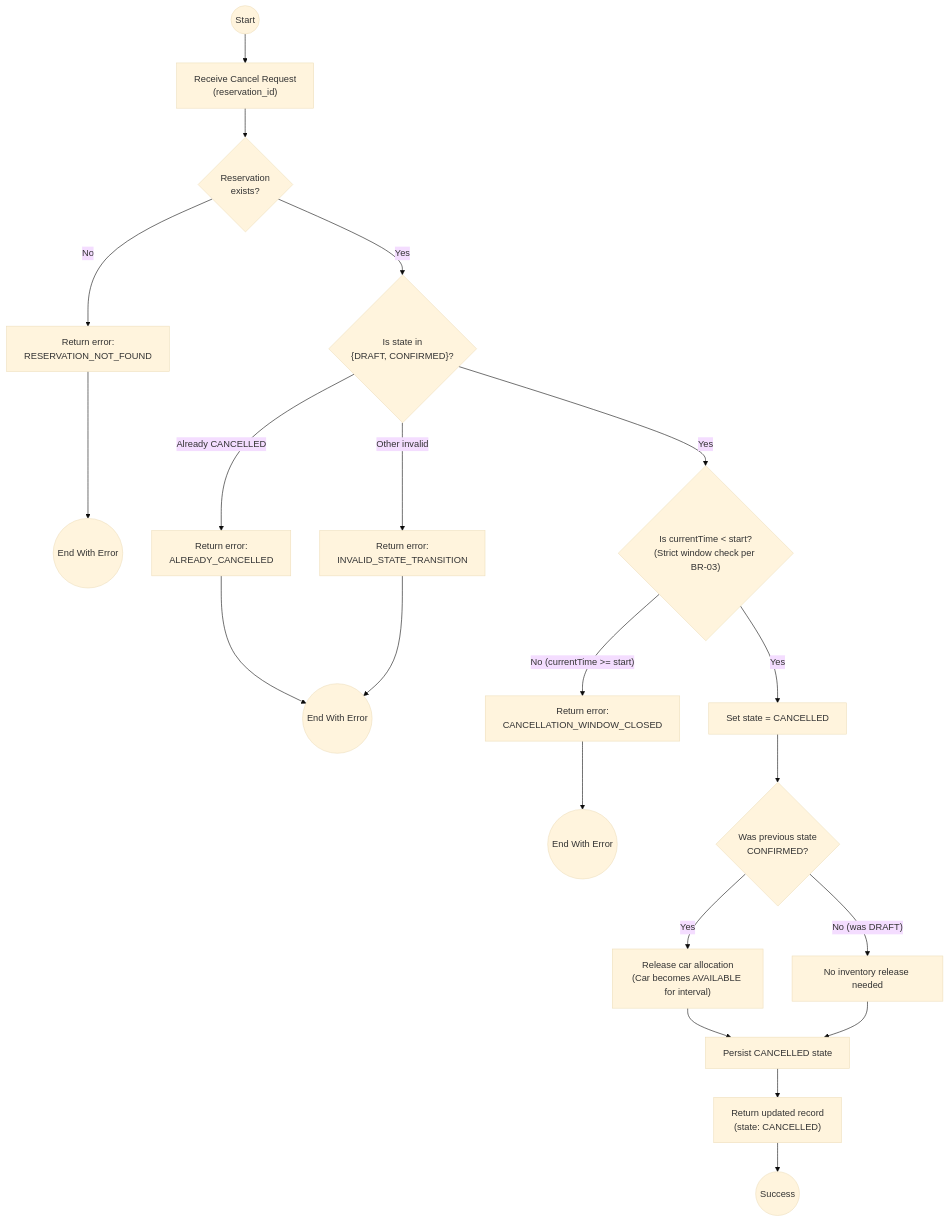
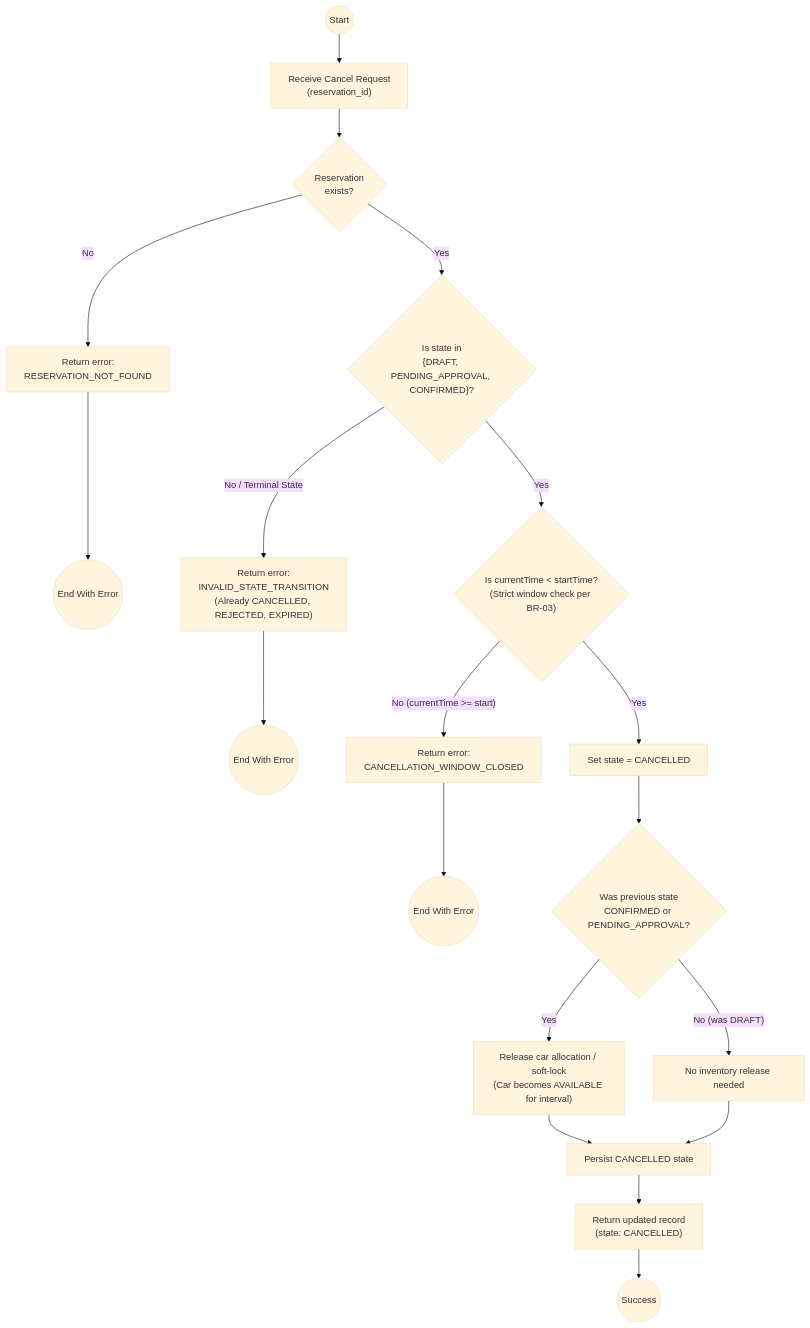
Before and after one commit to Zephy-X/AutaRepo: the diagram in docs/specification/operations/04-cancel-reservation/OP-04-cancel-reservation-flow.mmd, drawn with Mermaid (base theme). The commit also changed 57 other files, not shown here.

```diff
--- a/docs/specification/operations/04-cancel-reservation/OP-04-cancel-reservation-flow.mmd
+++ b/docs/specification/operations/04-cancel-reservation/OP-04-cancel-reservation-flow.mmd
@@ -1,28 +1,26 @@
 flowchart TD
     startNode((Start)) --> ReceiveCancel["Receive Cancel Request<br>(reservation_id)"]
 
     ReceiveCancel --> FindRes{"Reservation<br>exists?"}
     FindRes -- No --> ErrNotFound["Return error:<br>RESERVATION_NOT_FOUND"]
     ErrNotFound --> endErr1((End With Error))
 
-    FindRes -- Yes --> CheckEligible{"Is state in<br>{DRAFT, CONFIRMED}?"}
-    CheckEligible -- Already CANCELLED --> ErrCancelled["Return error:<br>ALREADY_CANCELLED"]
-    CheckEligible -- Other invalid --> ErrState["Return error:<br>INVALID_STATE_TRANSITION"]
-    ErrCancelled --> endErr2((End With Error))
-    ErrState --> endErr2
+    FindRes -- Yes --> CheckEligible{"Is state in<br>{DRAFT, PENDING_APPROVAL, CONFIRMED}?"}
+    CheckEligible -- No / Terminal State --> ErrState["Return error:<br>INVALID_STATE_TRANSITION<br>(Already CANCELLED, REJECTED, EXPIRED)"]
+    ErrState --> endErr2((End With Error))
 
-    CheckEligible -- Yes --> CheckTime{"Is currentTime < start?<br>(Strict window check per BR-03)"}
+    CheckEligible -- Yes --> CheckTime{"Is currentTime < startTime?<br>(Strict window check per BR-03)"}
     CheckTime -- No (currentTime >= start) --> ErrTimePassed["Return error:<br>CANCELLATION_WINDOW_CLOSED"]
 ErrTimePassed --> endErr3((End With Error))
 
 CheckTime -- Yes --> TransitionCancel["Set state = CANCELLED"]
-TransitionCancel --> ReleaseAllocation{"Was previous state<br>CONFIRMED?"}
+TransitionCancel --> ReleaseAllocation{"Was previous state<br>CONFIRMED or PENDING_APPROVAL?"}
 
-ReleaseAllocation -- Yes --> FreeResource["Release car allocation<br>(Car becomes AVAILABLE for interval)"]
+ReleaseAllocation -- Yes --> FreeResource["Release car allocation / soft-lock<br>(Car becomes AVAILABLE for interval)"]
 ReleaseAllocation -- No (was DRAFT) --> SkipFree["No inventory release needed"]
 
 FreeResource --> PersistCancel["Persist CANCELLED state"]
 SkipFree --> PersistCancel
 
 PersistCancel --> ReturnSuccess["Return updated record<br>(state: CANCELLED)"]
 ReturnSuccess --> endSuccess((Success))
```
